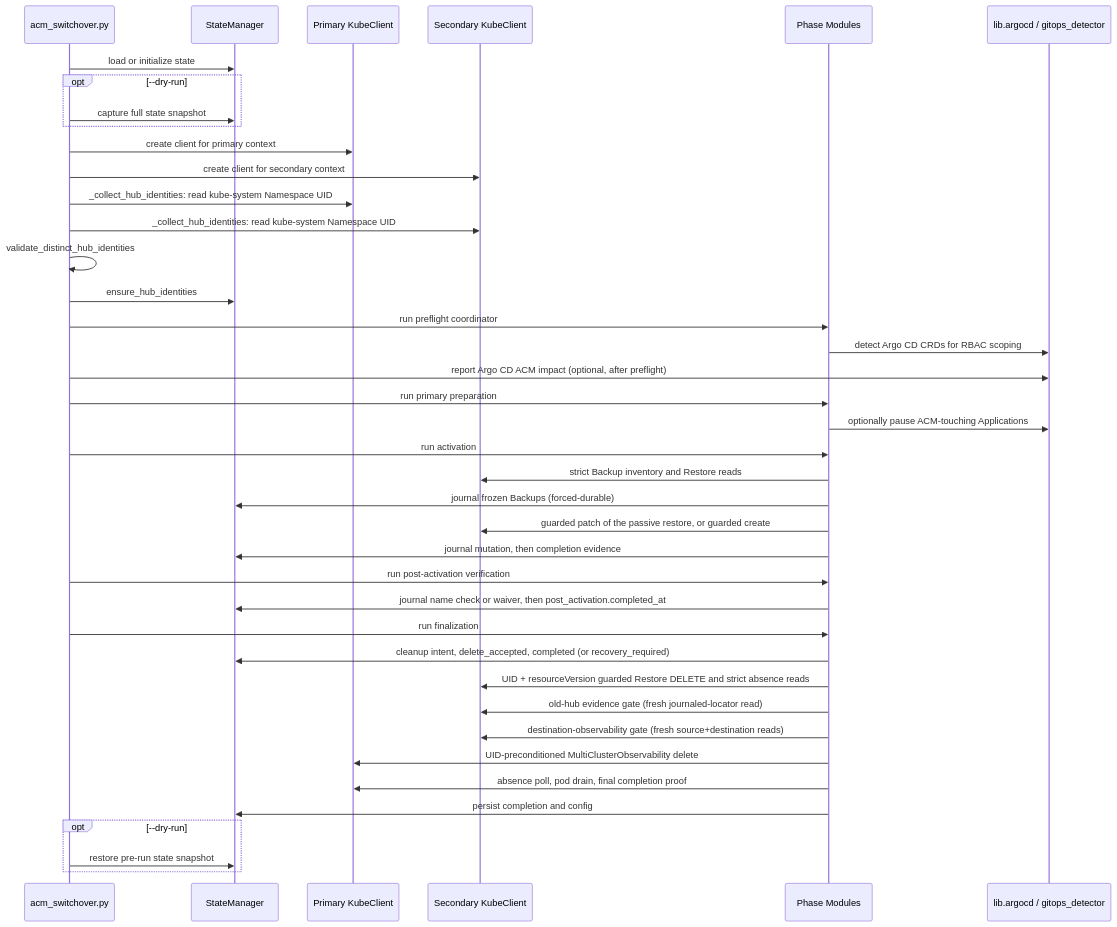
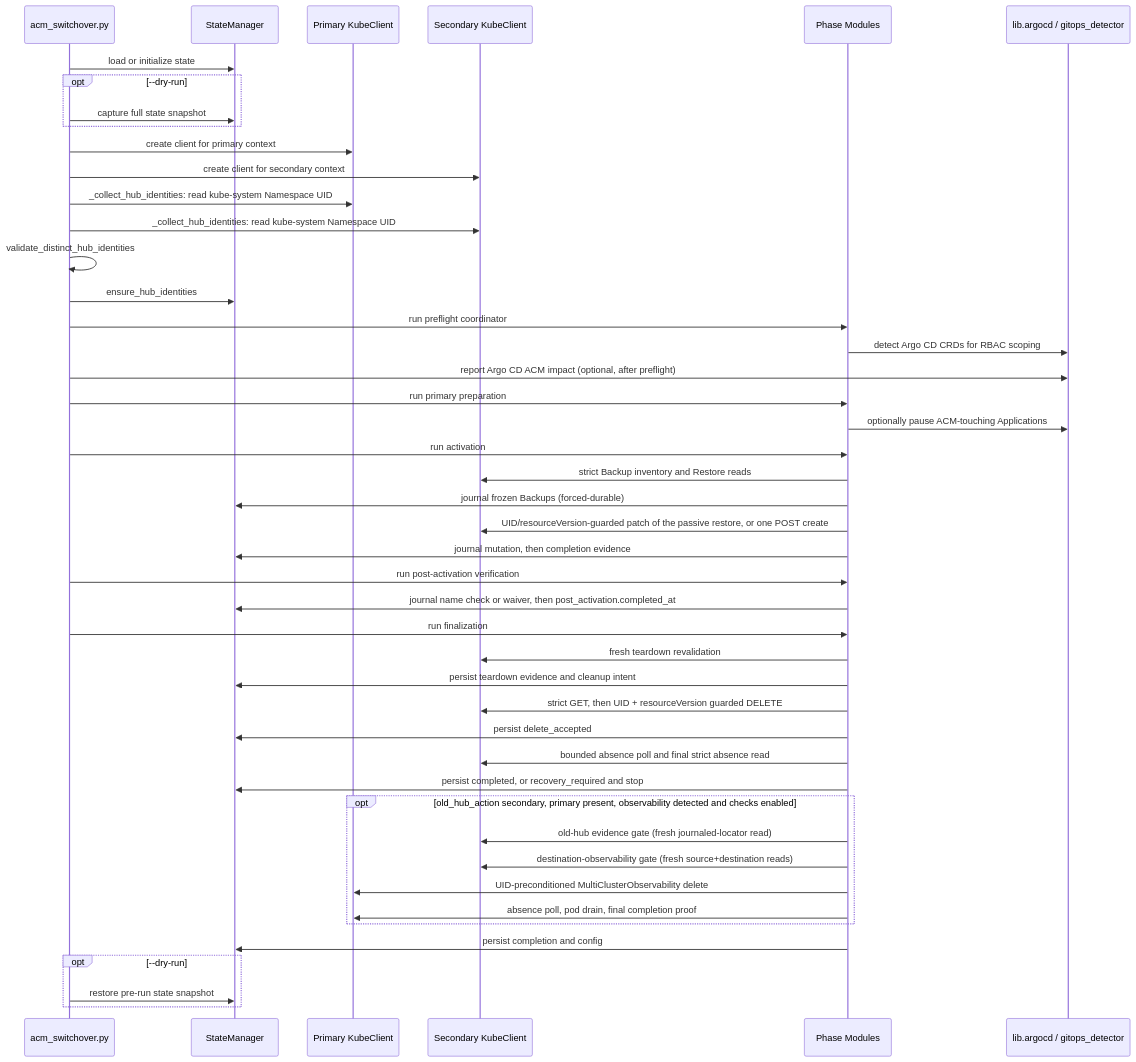
Before and after one commit to tomazb/rh-acm-switchover: the fourth of 4 diagrams in docs/development/architecture.md, drawn with Mermaid. The commit also changed other lines of this file and 8 other files, not shown here.

````diff
--- a/docs/development/architecture.md
+++ b/docs/development/architecture.md
@@ -642,43 +645,49 @@
 ```mermaid
 sequenceDiagram
     participant CLI as acm_switchover.py
     participant State as StateManager
     participant P as Primary KubeClient
     participant S as Secondary KubeClient
     participant Mods as Phase Modules
     participant Argo as lib.argocd / gitops_detector
 
     CLI->>State: load or initialize state
     opt --dry-run
         CLI->>State: capture full state snapshot
     end
     CLI->>P: create client for primary context
     CLI->>S: create client for secondary context
     CLI->>P: _collect_hub_identities: read kube-system Namespace UID
     CLI->>S: _collect_hub_identities: read kube-system Namespace UID
     CLI->>CLI: validate_distinct_hub_identities
     CLI->>State: ensure_hub_identities
     CLI->>Mods: run preflight coordinator
     Mods->>Argo: detect Argo CD CRDs for RBAC scoping
     CLI->>Argo: report Argo CD ACM impact (optional, after preflight)
     CLI->>Mods: run primary preparation
     Mods->>Argo: optionally pause ACM-touching Applications
     CLI->>Mods: run activation
     Mods->>S: strict Backup inventory and Restore reads
     Mods->>State: journal frozen Backups (forced-durable)
-    Mods->>S: guarded patch of the passive restore, or guarded create
+    Mods->>S: UID/resourceVersion-guarded patch of the passive restore, or one POST create
     Mods->>State: journal mutation, then completion evidence
     CLI->>Mods: run post-activation verification
     Mods->>State: journal name check or waiver, then post_activation.completed_at
     CLI->>Mods: run finalization
-    Mods->>State: cleanup intent, delete_accepted, completed (or recovery_required)
-    Mods->>S: UID + resourceVersion guarded Restore DELETE and strict absence reads
-    Mods->>S: old-hub evidence gate (fresh journaled-locator read)
-    Mods->>S: destination-observability gate (fresh source+destination reads)
-    Mods->>P: UID-preconditioned MultiClusterObservability delete
-    Mods->>P: absence poll, pod drain, final completion proof
+    Mods->>S: fresh teardown revalidation
+    Mods->>State: persist teardown evidence and cleanup intent
+    Mods->>S: strict GET, then UID + resourceVersion guarded DELETE
+    Mods->>State: persist delete_accepted
+    Mods->>S: bounded absence poll and final strict absence read
+    Mods->>State: persist completed, or recovery_required and stop
+    opt old_hub_action secondary, primary present, observability detected and checks enabled
+        Mods->>S: old-hub evidence gate (fresh journaled-locator read)
+        Mods->>S: destination-observability gate (fresh source+destination reads)
+        Mods->>P: UID-preconditioned MultiClusterObservability delete
+        Mods->>P: absence poll, pod drain, final completion proof
+    end
     Mods->>State: persist completion and config
     opt --dry-run
         CLI->>State: restore pre-run state snapshot
     end
 ```
````
